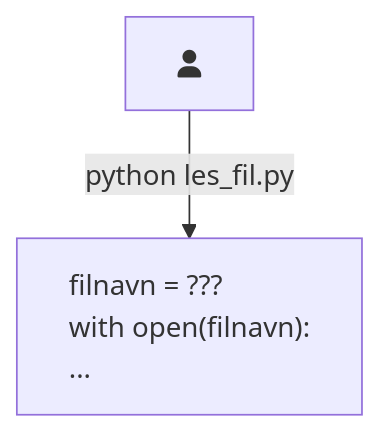
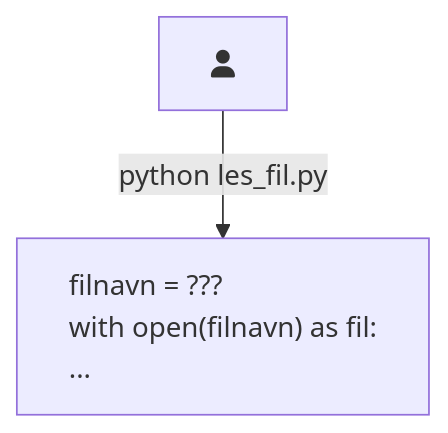
Before and after one commit to nrkno/prog-videre: the first of 4 diagrams in innhold/kap3/2_programargumenter.md, drawn with Mermaid. The commit also changed other lines of this file, not shown here.

````diff
--- a/innhold/kap3/2_programargumenter.md
+++ b/innhold/kap3/2_programargumenter.md
@@ -15,7 +15,7 @@
 ```mermaid
 flowchart
   user[fa:fa-user]
-  prg["filnavn = ???\nwith open(filnavn):\n..."]
+  prg["filnavn = ???\nwith open(filnavn) as fil:\n..."]
   style prg text-align:left
   user-- python les_fil.py -->prg
 ```
````
